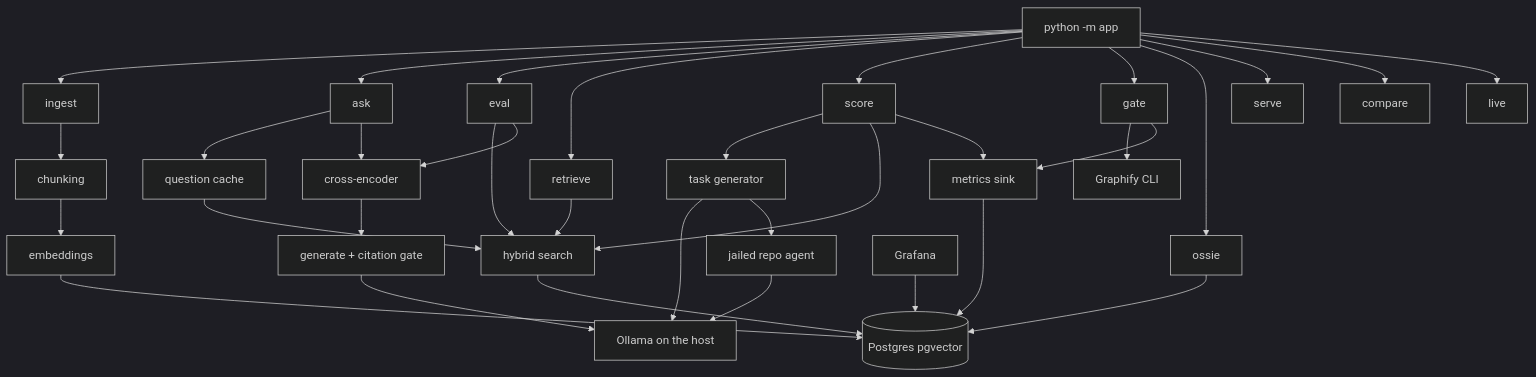
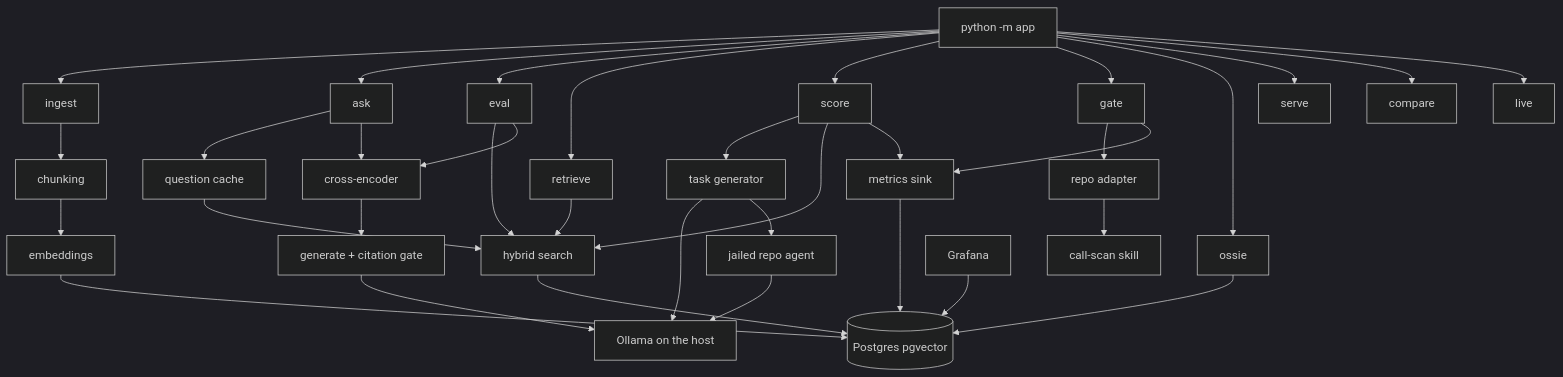
The diagram in ARCHITECTURE.md (kenmann01/minirag), drawn with Mermaid (dark theme) before and after one commit. The commit also changed other lines of this file and 38 other files, not shown here.

First line of the commit message:
feat: map with call-scan and guard task lists

````diff
--- a/ARCHITECTURE.md
+++ b/ARCHITECTURE.md
@@ -7,39 +7,40 @@
 ```mermaid
 flowchart TD
   cli["python -m app"] --> ingest
   cli --> ask
   cli --> eval
   cli --> retrieve
   cli --> score
   cli --> gate
   cli --> ossie
   cli --> serve
   cli --> compare
   cli --> live
 
   ingest["ingest"] --> chunk["chunking"]
   chunk --> embed["embeddings"]
   embed --> pg[("Postgres pgvector")]
 
   ask --> cache["question cache"]
   cache --> search["hybrid search"]
   eval --> search
   retrieve --> search
   search --> pg
   ask --> rerank["cross-encoder"]
   eval --> rerank
   rerank --> gen["generate + citation gate"]
   gen --> ollama["Ollama on the host"]
 
   score --> tasks["task generator"]
   tasks --> ollama
   tasks --> agent["jailed repo agent"]
   agent --> ollama
   score --> search
   score --> metrics["metrics sink"]
-  gate --> graphify["Graphify CLI"]
+  gate --> adapter["repo adapter"]
+  adapter --> callScan["call-scan skill"]
   gate --> metrics
   metrics --> pg
   ossie --> pg
   grafana["Grafana"] --> pg
 ```
````
